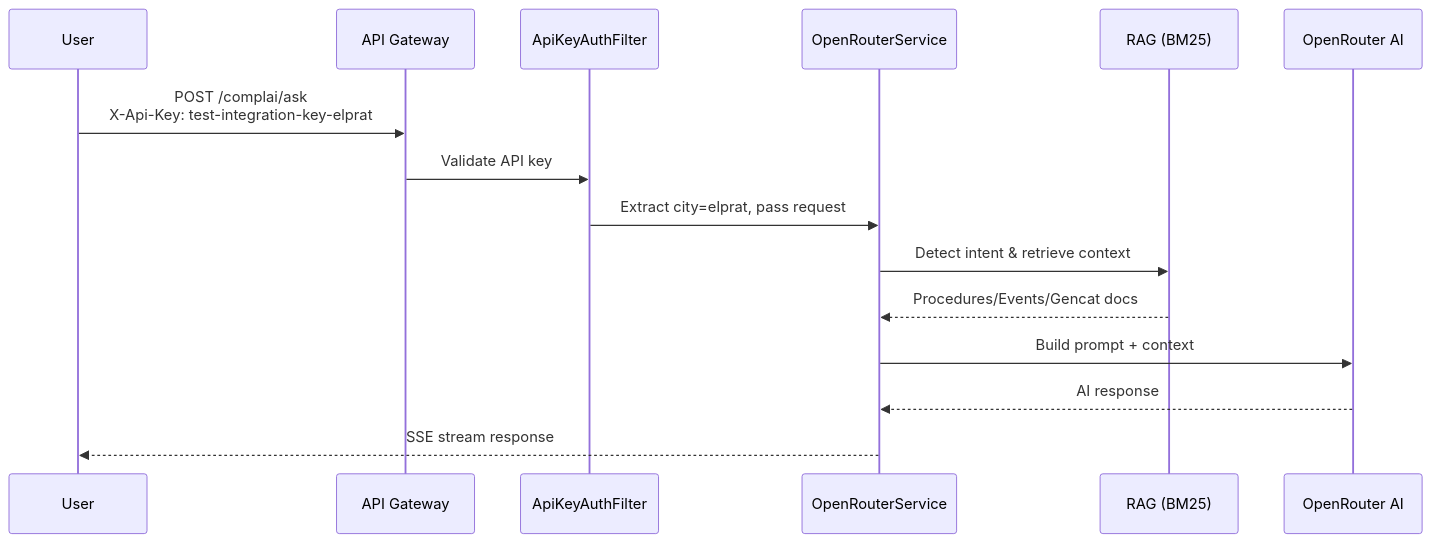
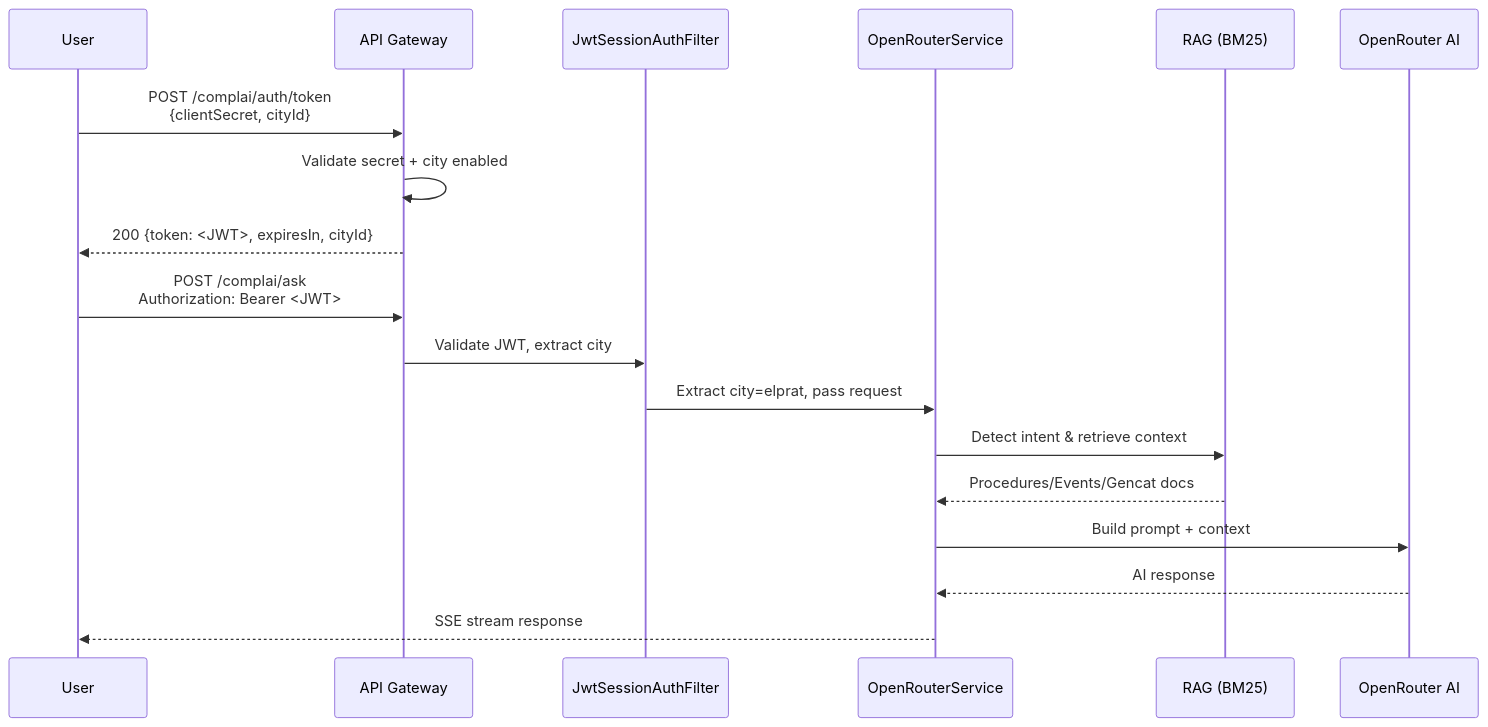
One commit to raultorres2603/ComplAI changed the second of 5 diagrams in README.md. Above: the diagram before and after it, drawn with Mermaid. The commit also changed other lines of this file and 55 other files, not shown here.

````diff
--- a/README.md
+++ b/README.md
@@ -170,18 +170,21 @@
 ```mermaid
 sequenceDiagram
     participant U as User
     participant C as API Gateway
-    participant F as ApiKeyAuthFilter
+    participant F as JwtSessionAuthFilter
     participant S as OpenRouterService
     participant R as RAG (BM25)
     participant O as OpenRouter AI
 
-    U->>C: POST /complai/ask<br/>X-Api-Key: test-integration-key-elprat
-    C->>F: Validate API key
+    U->>C: POST /complai/auth/token<br/>{clientSecret, cityId}
+    C->>C: Validate secret + city enabled
+    C-->>U: 200 {token: <JWT>, expiresIn, cityId}
+    U->>C: POST /complai/ask<br/>Authorization: Bearer <JWT>
+    C->>F: Validate JWT, extract city
     F->>S: Extract city=elprat, pass request
     S->>R: Detect intent & retrieve context
     R-->>S: Procedures/Events/Gencat docs
     S->>O: Build prompt + context
     O-->>S: AI response
     S-->>U: SSE stream response
 ```
````
